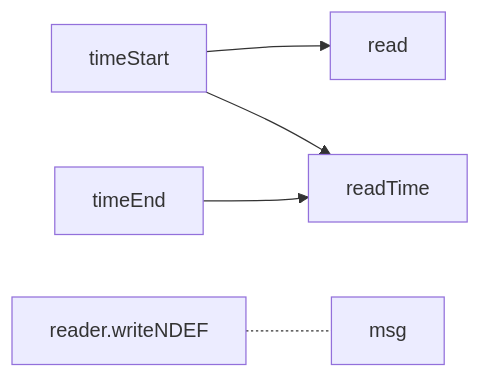
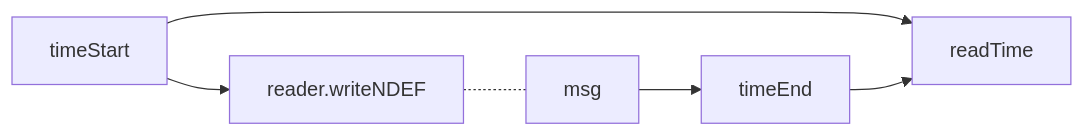
One commit to gordianknotC/nxp_note changed the fifth of 5 diagrams in nxp/Demo.md. Above: the diagram before and after it, drawn with Mermaid. The commit also changed other lines of this file, not shown here.

Commit message:
nxp/Demo.md updated from https://stackedit.io/

````diff
--- a/nxp/Demo.md
+++ b/nxp/Demo.md
@@ -162,11 +163,9 @@
 ```mermaid
 graph LR
 timeStart
-timeStart --> read
+timeStart --> reader.writeNDEF
 reader.writeNDEF -.- msg
-timeEnd
+msg --> timeEnd
 timeStart --> readTime
 timeEnd --> readTime
-
-
 ```
````
